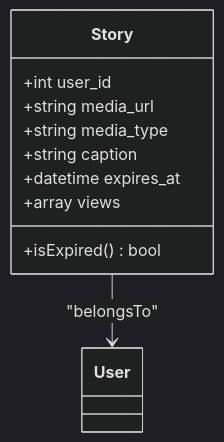
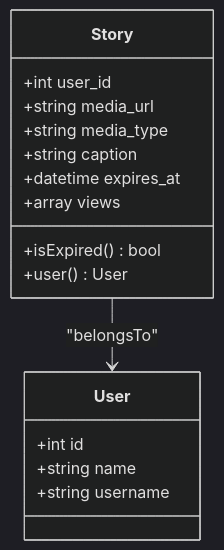
The seventh of 16 diagrams in .qoder/repowiki/en/content/Social Features.md (VenokM05/Travel_Project), drawn with Mermaid (dark theme) before and after one commit. The commit also changed other lines of this file and 12 other files, not shown here.

````diff
--- a/.qoder/repowiki/en/content/Social Features.md
+++ b/.qoder/repowiki/en/content/Social Features.md
@@ -262,14 +409,19 @@
 ```mermaid
 classDiagram
 class Story {
 +int user_id
 +string media_url
 +string media_type
 +string caption
 +datetime expires_at
 +array views
 +isExpired() bool
++user() User
 }
-class User
+class User {
++int id
++string name
++string username
+}
 Story --> User : "belongsTo"
 ```
````
